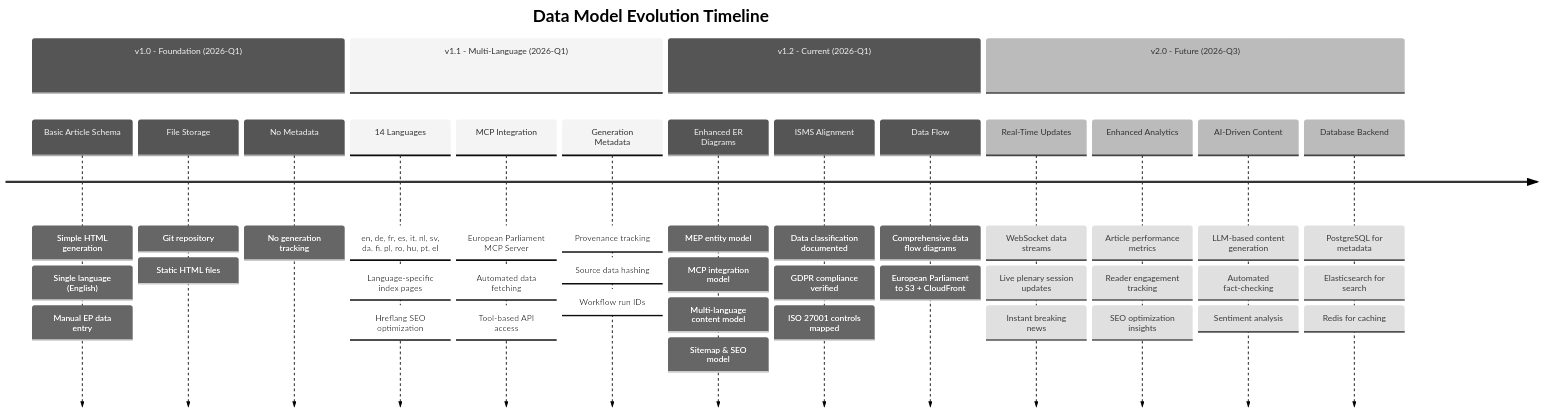
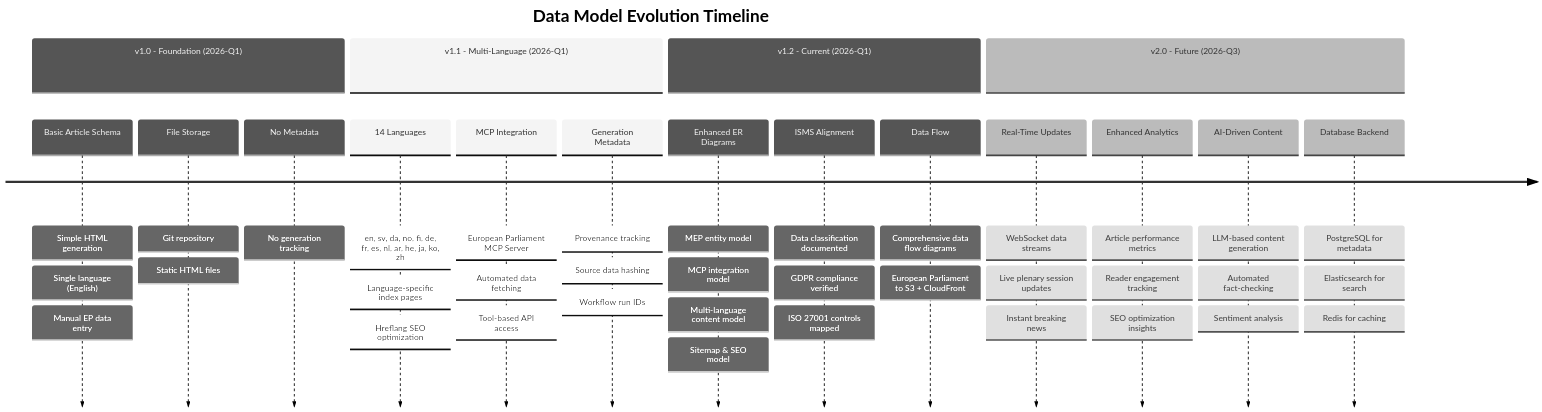
The ninth of 9 diagrams in DATA_MODEL.md (Hack23/euparliamentmonitor), drawn with Mermaid (neutral theme) before and after one commit. The commit also changed other lines of this file and 44 other files, not shown here.

````diff
--- a/DATA_MODEL.md
+++ b/DATA_MODEL.md
@@ -1243,47 +1243,47 @@
 ```mermaid
 timeline
     title Data Model Evolution Timeline
     section v1.0 - Foundation (2026-Q1)
       Basic Article Schema : Simple HTML generation
                             : Single language (English)
                             : Manual EP data entry
       File Storage : Git repository
                    : Static HTML files
       No Metadata : No generation tracking
 
     section v1.1 - Multi-Language (2026-Q1)
-      14 Languages : en, de, fr, es, it, nl, sv, da, fi, pl, ro, hu, pt, el
+      14 Languages : en, sv, da, no, fi, de, fr, es, nl, ar, he, ja, ko, zh
                    : Language-specific index pages
                    : Hreflang SEO optimization
       MCP Integration : European Parliament MCP Server
                       : Automated data fetching
                       : Tool-based API access
       Generation Metadata : Provenance tracking
                           : Source data hashing
                           : Workflow run IDs
 
     section v1.2 - Current (2026-Q1)
       Enhanced ER Diagrams : MEP entity model
                            : MCP integration model
                            : Multi-language content model
                            : Sitemap & SEO model
       ISMS Alignment : Data classification documented
                      : GDPR compliance verified
                      : ISO 27001 controls mapped
       Data Flow : Comprehensive data flow diagrams
                 : European Parliament to S3 + CloudFront
 
     section v2.0 - Future (2026-Q3)
       Real-Time Updates : WebSocket data streams
                         : Live plenary session updates
                         : Instant breaking news
       Enhanced Analytics : Article performance metrics
                          : Reader engagement tracking
                          : SEO optimization insights
       AI-Driven Content : LLM-based content generation
                         : Automated fact-checking
                         : Sentiment analysis
       Database Backend : PostgreSQL for metadata
                        : Elasticsearch for search
                        : Redis for caching
 ```
````
